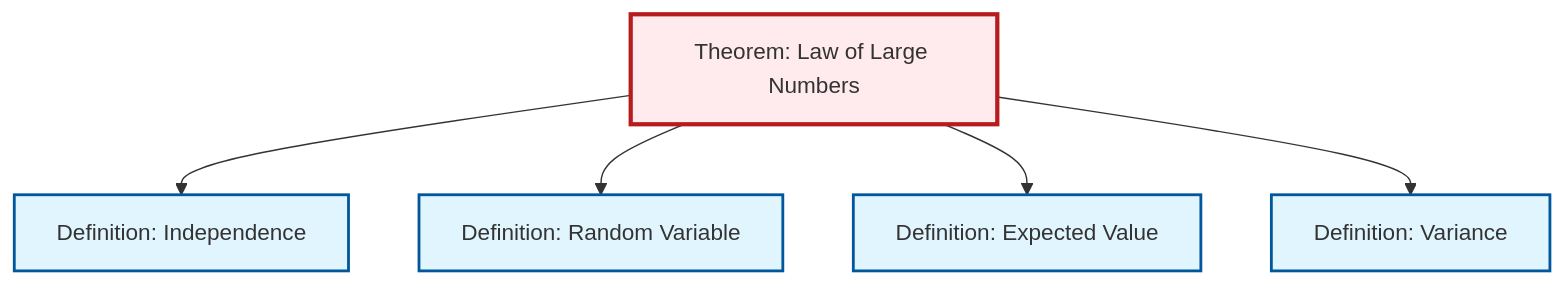
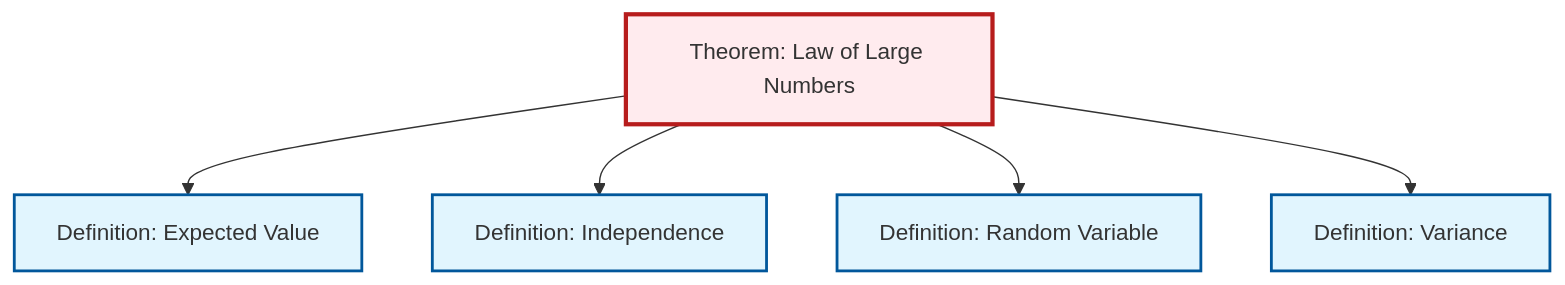
Before and after one commit to RK0429/ModernMath: the second of 2 diagrams in content/ja/probability-statistics/thm-law-of-large-numbers.qmd, drawn with Mermaid. The commit also changed other lines of this file and 531 other files, not shown here.

````diff
--- a/content/ja/probability-statistics/thm-law-of-large-numbers.qmd
+++ b/content/ja/probability-statistics/thm-law-of-large-numbers.qmd
@@ -89,23 +89,23 @@
 ```{mermaid}
 %%| fig-cap: "Local dependency graph"
 graph TD
     classDef definition fill:#e1f5fe,stroke:#01579b,stroke-width:2px
     classDef theorem fill:#f3e5f5,stroke:#4a148c,stroke-width:2px
     classDef axiom fill:#fff3e0,stroke:#e65100,stroke-width:2px
     classDef example fill:#e8f5e9,stroke:#1b5e20,stroke-width:2px
     classDef current fill:#ffebee,stroke:#b71c1c,stroke-width:3px
     def-random-variable["Definition: Random Variable"]:::definition
-    def-variance["Definition: Variance"]:::definition
     def-expectation["Definition: Expected Value"]:::definition
     thm-law-of-large-numbers["Theorem: Law of Large Numbers"]:::theorem
     def-independence["Definition: Independence"]:::definition
+    def-variance["Definition: Variance"]:::definition
+    thm-law-of-large-numbers --> def-expectation
     thm-law-of-large-numbers --> def-independence
     thm-law-of-large-numbers --> def-random-variable
-    thm-law-of-large-numbers --> def-expectation
     thm-law-of-large-numbers --> def-variance
     class thm-law-of-large-numbers current
     click def-random-variable "def-random-variable.html" "Definition: Random Variableへ"
-    click def-variance "def-variance.html" "Definition: Varianceへ"
     click def-expectation "def-expectation.html" "Definition: Expected Valueへ"
     click def-independence "def-independence.html" "Definition: Independenceへ"
+    click def-variance "def-variance.html" "Definition: Varianceへ"
 ```
````
